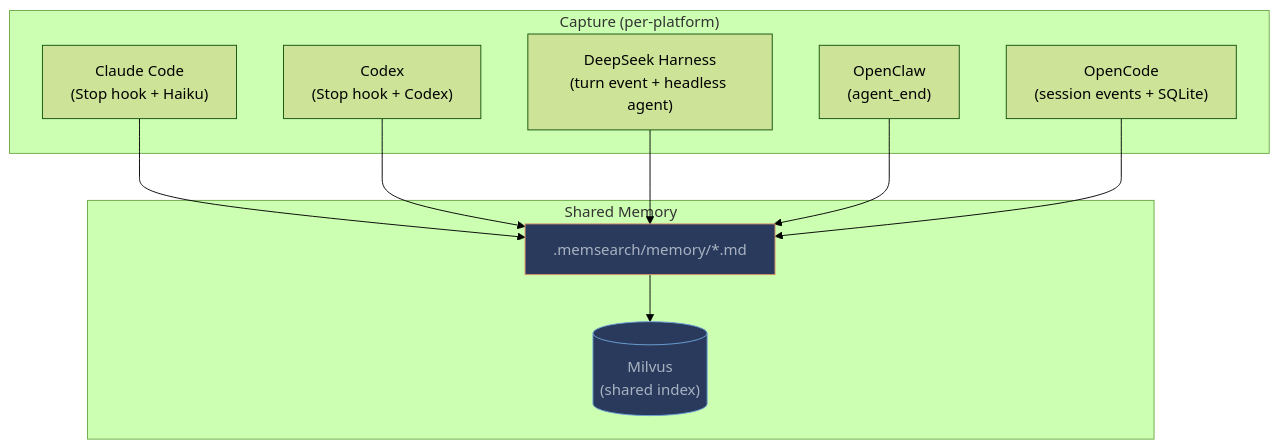
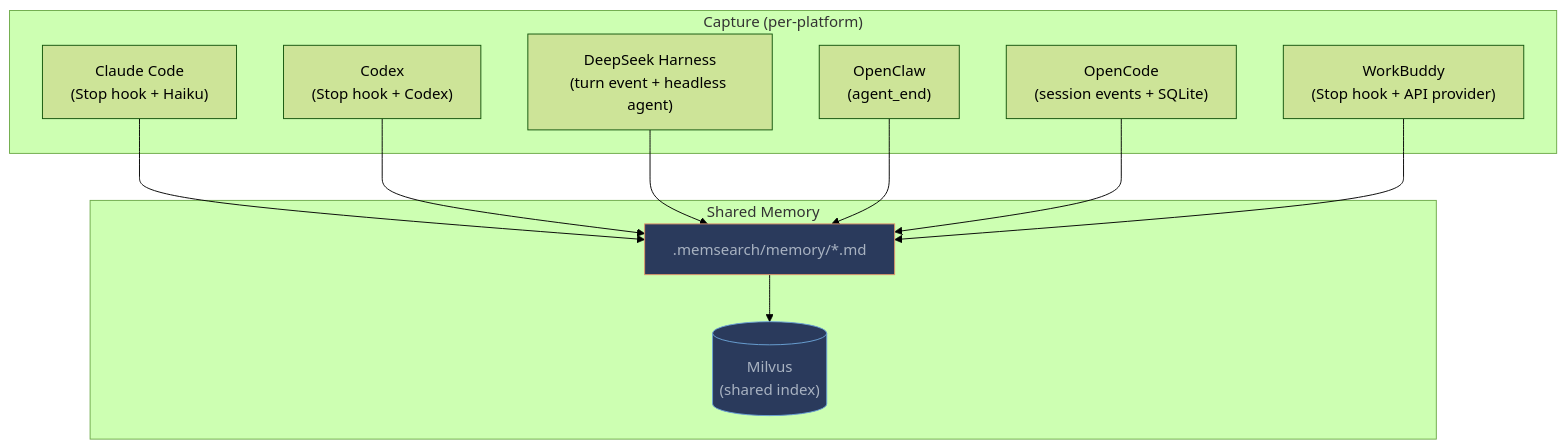
One commit to zilliztech/memsearch changed the first of 10 diagrams in docs/architecture.md. Above: the diagram before and after it, drawn with Mermaid (forest theme). The commit also changed other lines of this file and 20 other files, not shown here.

Commit message:
chore: release summary fixes and complete WorkBuddy docs (#880)

````diff
--- a/docs/architecture.md
+++ b/docs/architecture.md
@@ -11,21 +11,22 @@
 ```mermaid
 graph TB
     subgraph "Capture (per-platform)"
         CC["Claude Code<br/>(Stop hook + Haiku)"]
         CX["Codex<br/>(Stop hook + Codex)"]
         DSH["DeepSeek Harness<br/>(turn event + headless agent)"]
         OC["OpenClaw<br/>(agent_end)"]
         OO["OpenCode<br/>(session events + SQLite)"]
+        WB["WorkBuddy<br/>(Stop hook + API provider)"]
     end
 
     subgraph "Shared Memory"
         MD[".memsearch/memory/*.md"]
         MIL[("Milvus<br/>(shared index)")]
     end
 
-    CC & CX & DSH & OC & OO --> MD
+    CC & CX & DSH & OC & OO & WB --> MD
     MD --> MIL
 
     style MD fill:#2a3a5c,stroke:#e0976b,color:#a8b2c1
     style MIL fill:#2a3a5c,stroke:#6ba3d6,color:#a8b2c1
 ```
````
